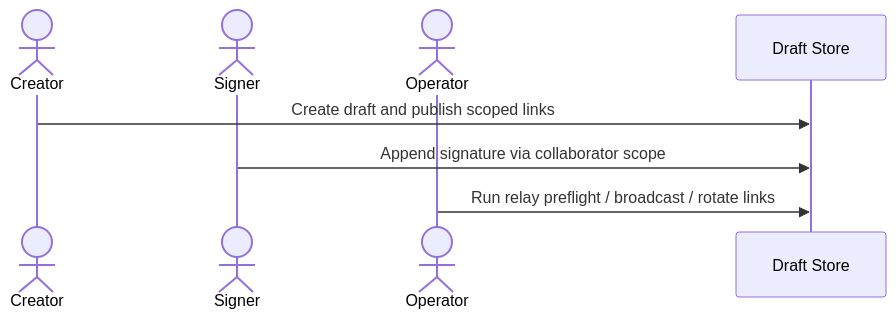
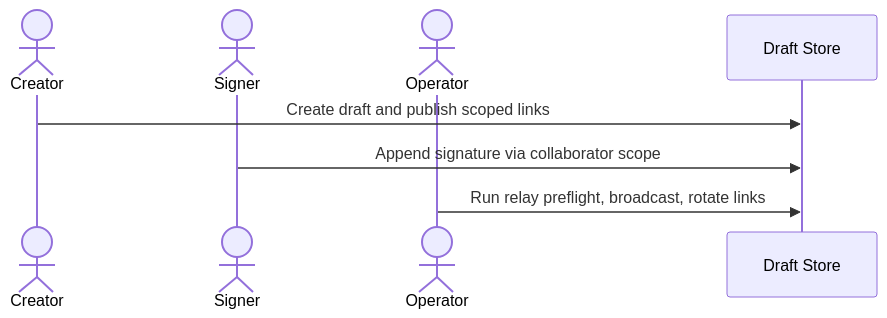
One commit to r3e-network/neo-os-aa changed the second of 4 diagrams in frontend/src/assets/docs/workflow.md. Above: the diagram before and after it, drawn with Mermaid. The commit also changed other lines of this file and 425 other files, not shown here.

````diff
--- a/frontend/src/assets/docs/workflow.md
+++ b/frontend/src/assets/docs/workflow.md
@@ -55,11 +67,11 @@
 ```mermaid
 sequenceDiagram
     actor Creator
     actor Signer
     actor Operator
     participant Store as Draft Store
 
     Creator->>Store: Create draft and publish scoped links
     Signer->>Store: Append signature via collaborator scope
-    Operator->>Store: Run relay preflight / broadcast / rotate links
+    Operator->>Store: Run relay preflight, broadcast, rotate links
 ```
````
